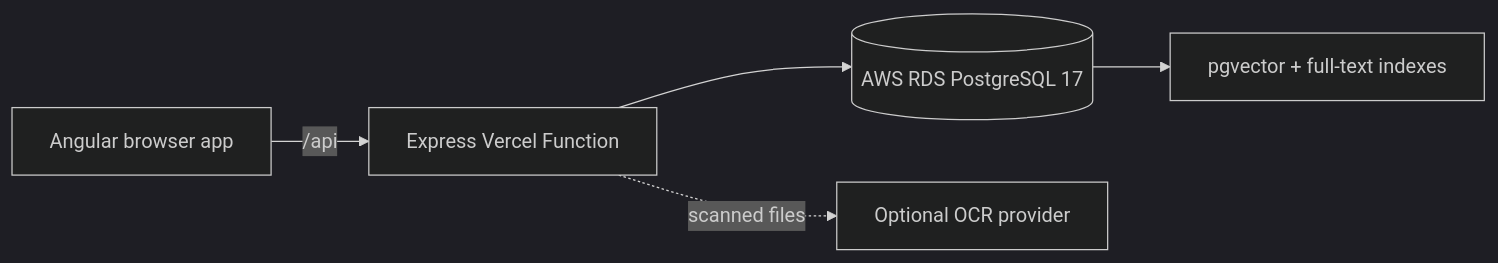
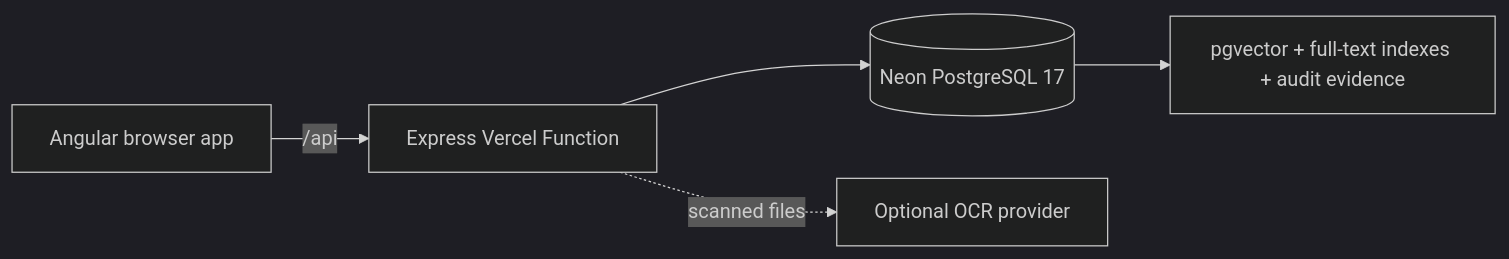
Before and after one commit to nycodez/hackathon-knowledge: the diagram in README.md, drawn with Mermaid (dark theme). The commit also changed other lines of this file and 46 other files, not shown here.

````diff
--- a/README.md
+++ b/README.md
@@ -30,7 +34,7 @@
 ```mermaid
 flowchart LR
   B[Angular browser app] -->|/api| V[Express Vercel Function]
-  V --> R[(AWS RDS PostgreSQL 17)]
-  R --> P[pgvector + full-text indexes]
+  V --> R[(Neon PostgreSQL 17)]
+  R --> P[pgvector + full-text indexes + audit evidence]
   V -. scanned files .-> O[Optional OCR provider]
 ```
````
